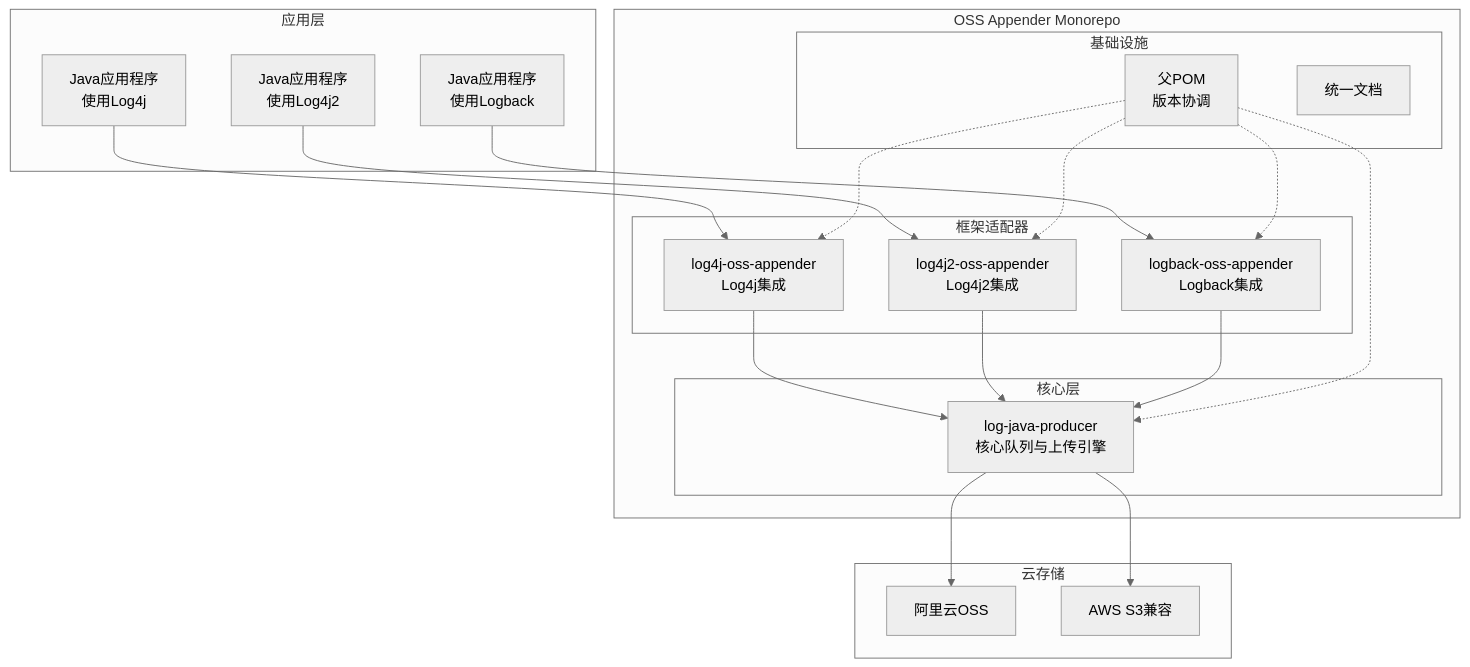
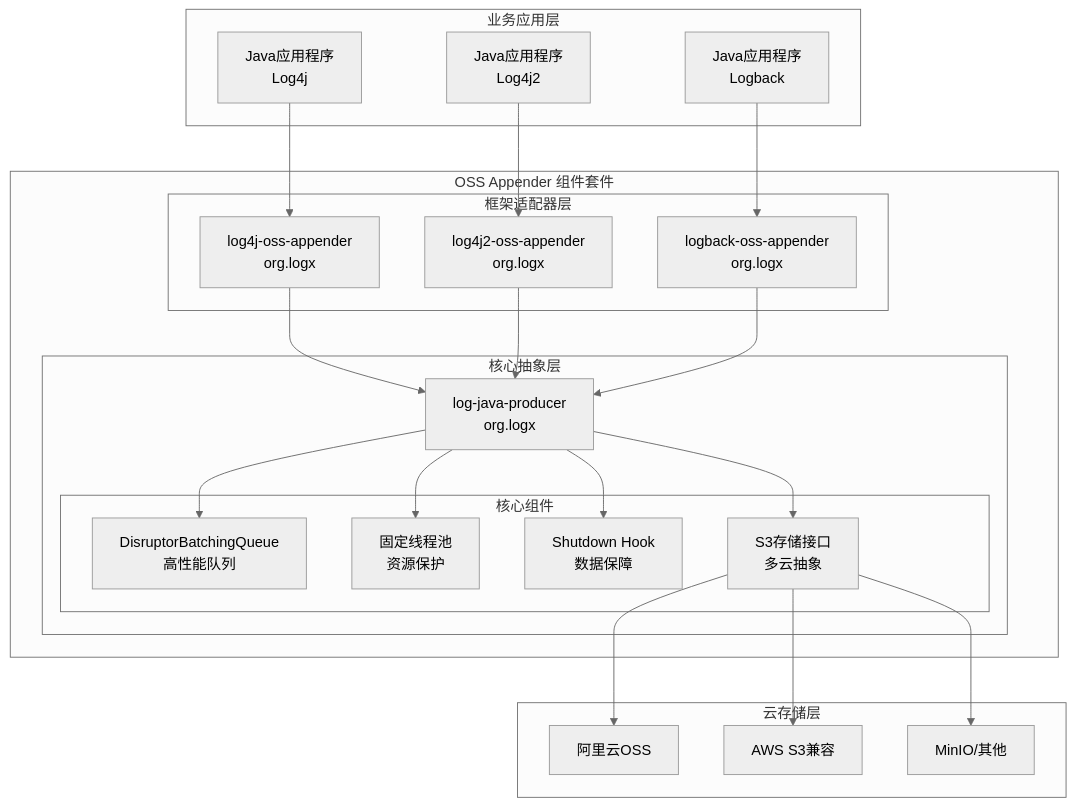
The first of 4 diagrams in docs/architecture.md (kzy77/logx-oss-appender), drawn with Mermaid (neutral theme) before and after one commit. The commit also changed other lines of this file and 5 other files, not shown here.

````diff
--- a/docs/architecture.md
+++ b/docs/architecture.md
@@ -70,46 +53,49 @@
 ```mermaid
 graph TB
-    subgraph "OSS Appender Monorepo"
-        subgraph "核心层"
-            LP[log-java-producer<br/>核心队列与上传引擎]
+    subgraph "业务应用层"
+        APP1[Java应用程序<br/>Log4j]
+        APP2[Java应用程序<br/>Log4j2]
+        APP3[Java应用程序<br/>Logback]
+    end
+
+    subgraph "OSS Appender 组件套件"
+        subgraph "框架适配器层"
+            L4J[log4j-oss-appender<br/>org.logx]
+            L4J2[log4j2-oss-appender<br/>org.logx]
+            LB[logback-oss-appender<br/>org.logx]
         end
 
-        subgraph "框架适配器"
-            L4J[log4j-oss-appender<br/>Log4j集成]
-            L4J2[log4j2-oss-appender<br/>Log4j2集成]
-            LB[logback-oss-appender<br/>Logback集成]
-        end
-
-        subgraph "基础设施"
-            POM[父POM<br/>版本协调]
-            DOCS[统一文档]
+        subgraph "核心抽象层"
+            LP[log-java-producer<br/>org.logx]
+            subgraph "核心组件"
+                DQ[DisruptorBatchingQueue<br/>高性能队列]
+                TP[固定线程池<br/>资源保护]
+                SH[Shutdown Hook<br/>数据保障]
+                S3[S3存储接口<br/>多云抽象]
+            end
         end
     end
 
-    subgraph "应用层"
-        APP1[Java应用程序<br/>使用Log4j]
-        APP2[Java应用程序<br/>使用Log4j2]
-        APP3[Java应用程序<br/>使用Logback]
-    end
-
-    subgraph "云存储"
+    subgraph "云存储层"
         OSS[阿里云OSS]
-        S3[AWS S3兼容]
+        S3C[AWS S3兼容]
+        MIN[MinIO/其他]
     end
 
     APP1 --> L4J
     APP2 --> L4J2
     APP3 --> LB
 
     L4J --> LP
     L4J2 --> LP
     LB --> LP
 
-    LP --> OSS
+    LP --> DQ
+    LP --> TP
+    LP --> SH
     LP --> S3
 
-    POM -.-> LP
-    POM -.-> L4J
-    POM -.-> L4J2
-    POM -.-> LB
+    S3 --> OSS
+    S3 --> S3C
+    S3 --> MIN
 ```
````
